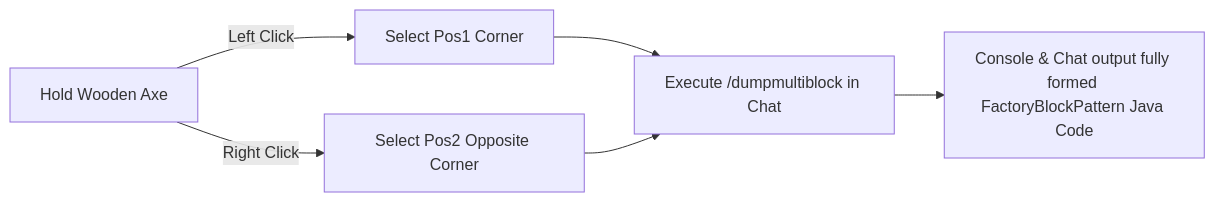
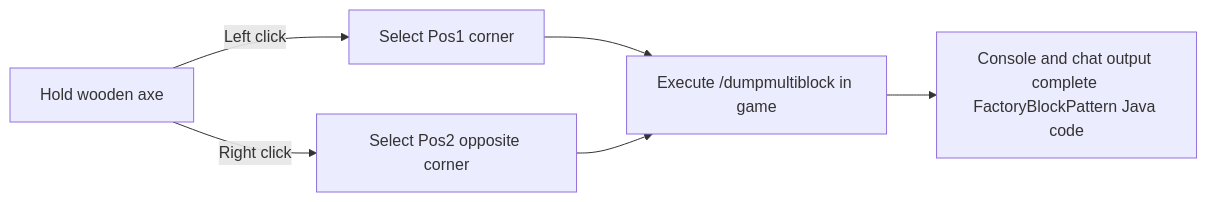
The diagram in docs/en/kubejs/tools-and-utilities.md (takanashisatou/GregtechEasy), drawn with Mermaid before and after one commit. The commit also changed other lines of this file and 162 other files, not shown here.

````diff
--- a/docs/en/kubejs/tools-and-utilities.md
+++ b/docs/en/kubejs/tools-and-utilities.md
@@ -13,7 +13,7 @@
 ```mermaid
 graph LR
-    A[Hold Wooden Axe] -->|Left Click| B[Select Pos1 Corner]
-    A -->|Right Click| C[Select Pos2 Opposite Corner]
-    B & C --> D[Execute /dumpmultiblock in Chat]
-    D --> E[Console & Chat output fully formed FactoryBlockPattern Java Code]
+    A[Hold wooden axe] -->|Left click| B[Select Pos1 corner]
+    A -->|Right click| C[Select Pos2 opposite corner]
+    B & C --> D[Execute /dumpmultiblock in game]
+    D --> E[Console and chat output complete FactoryBlockPattern Java code]
 ```
````
